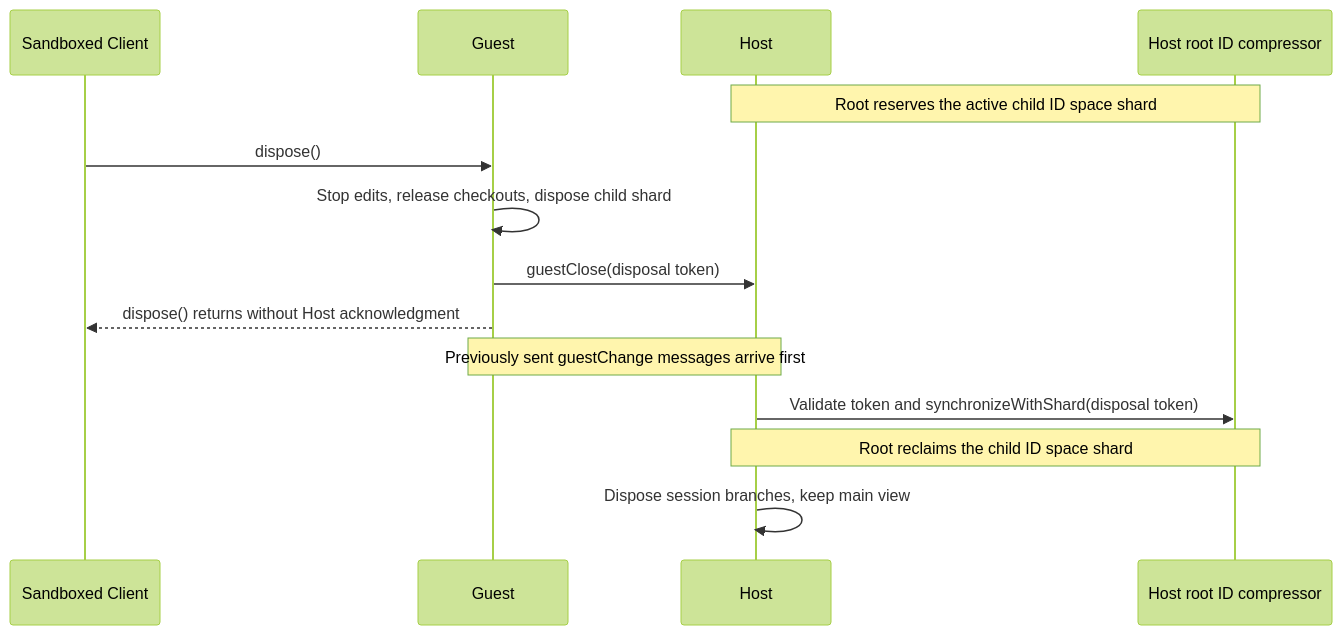
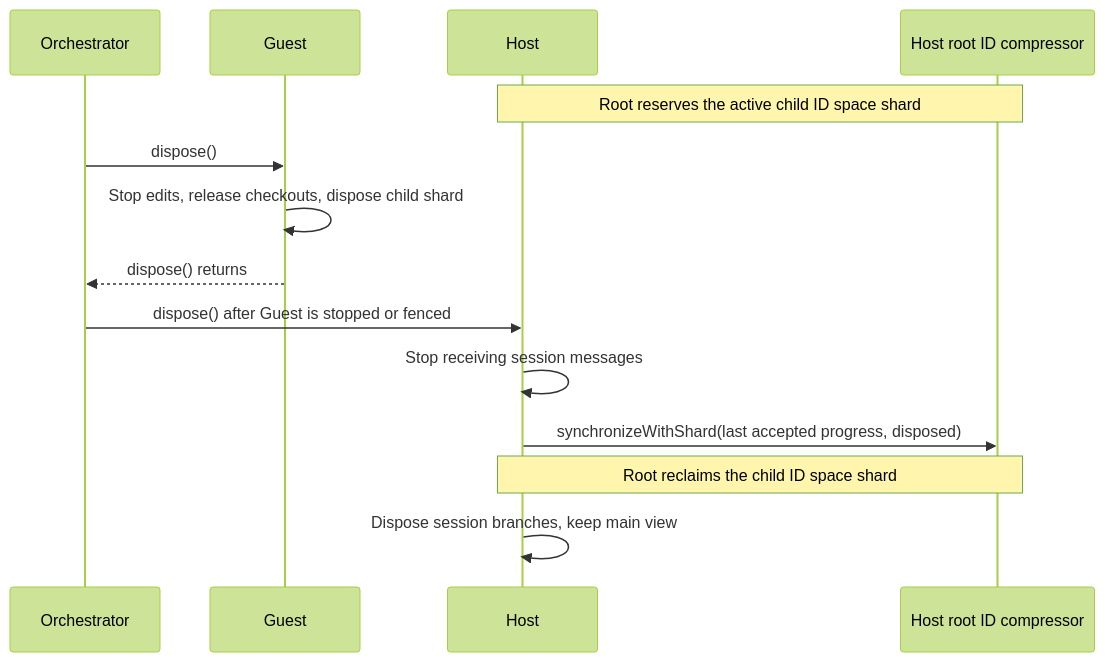
One commit to microsoft/FluidFramework changed the third of 5 diagrams in packages/dds/tree/src/test/shared-tree/sandboxing/sandboxing.md. Above: the diagram before and after it, drawn with Mermaid (forest theme). The commit also changed other lines of this file and 6 other files, not shown here.

Commit message:
refactor: Further simplify Guest closure flow

````diff
--- a/packages/dds/tree/src/test/shared-tree/sandboxing/sandboxing.md
+++ b/packages/dds/tree/src/test/shared-tree/sandboxing/sandboxing.md
@@ -306,17 +305,17 @@
 ```mermaid
 sequenceDiagram
-    participant Client as Sandboxed Client
+    participant Client as Orchestrator
     participant Guest
     participant Host
     participant Root as Host root ID compressor
 
     Note over Host,Root: Root reserves the active child ID space shard
     Client->>Guest: dispose()
     Guest->>Guest: Stop edits, release checkouts, dispose child shard
-    Guest->>Host: guestClose(disposal token)
-    Guest-->>Client: dispose() returns without Host acknowledgment
-    Note over Guest,Host: Previously sent guestChange messages arrive first
-    Host->>Root: Validate token and synchronizeWithShard(disposal token)
+    Guest-->>Client: dispose() returns
+    Client->>Host: dispose() after Guest is stopped or fenced
+    Host->>Host: Stop receiving session messages
+    Host->>Root: synchronizeWithShard(last accepted progress, disposed)
     Note over Host,Root: Root reclaims the child ID space shard
     Host->>Host: Dispose session branches, keep main view
 ```
````
